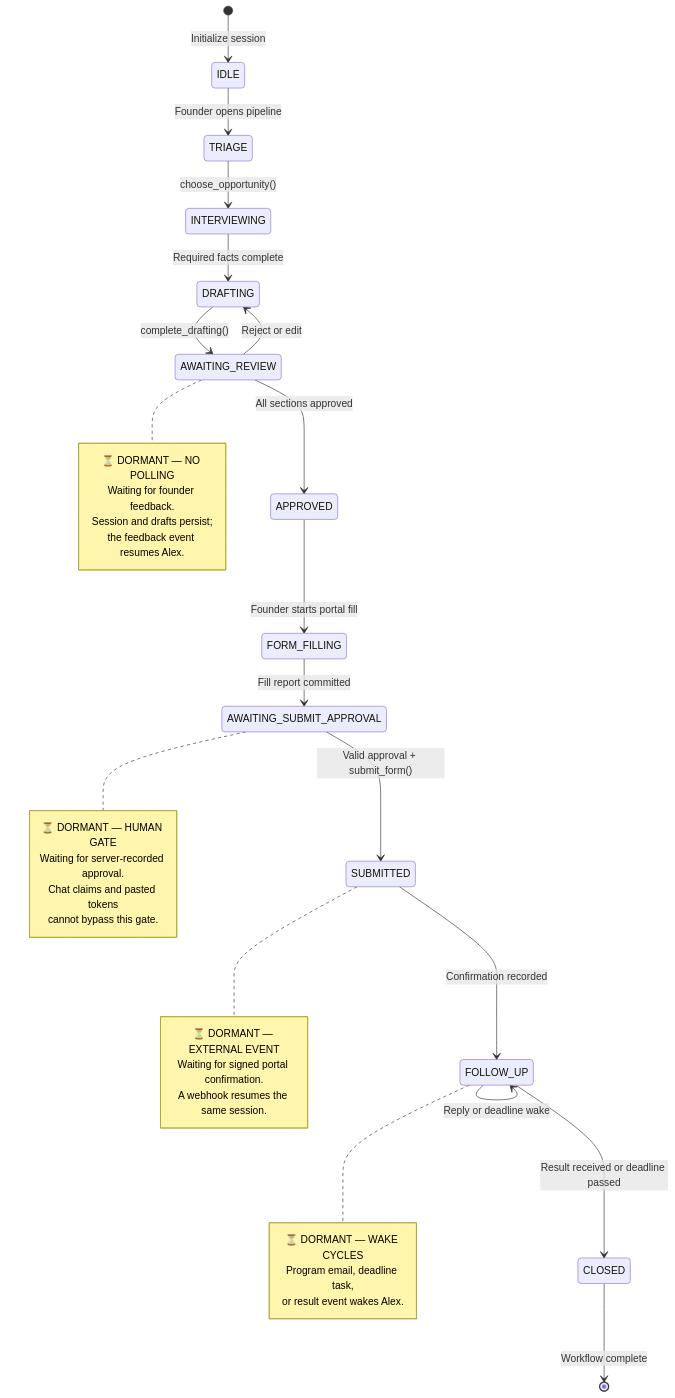
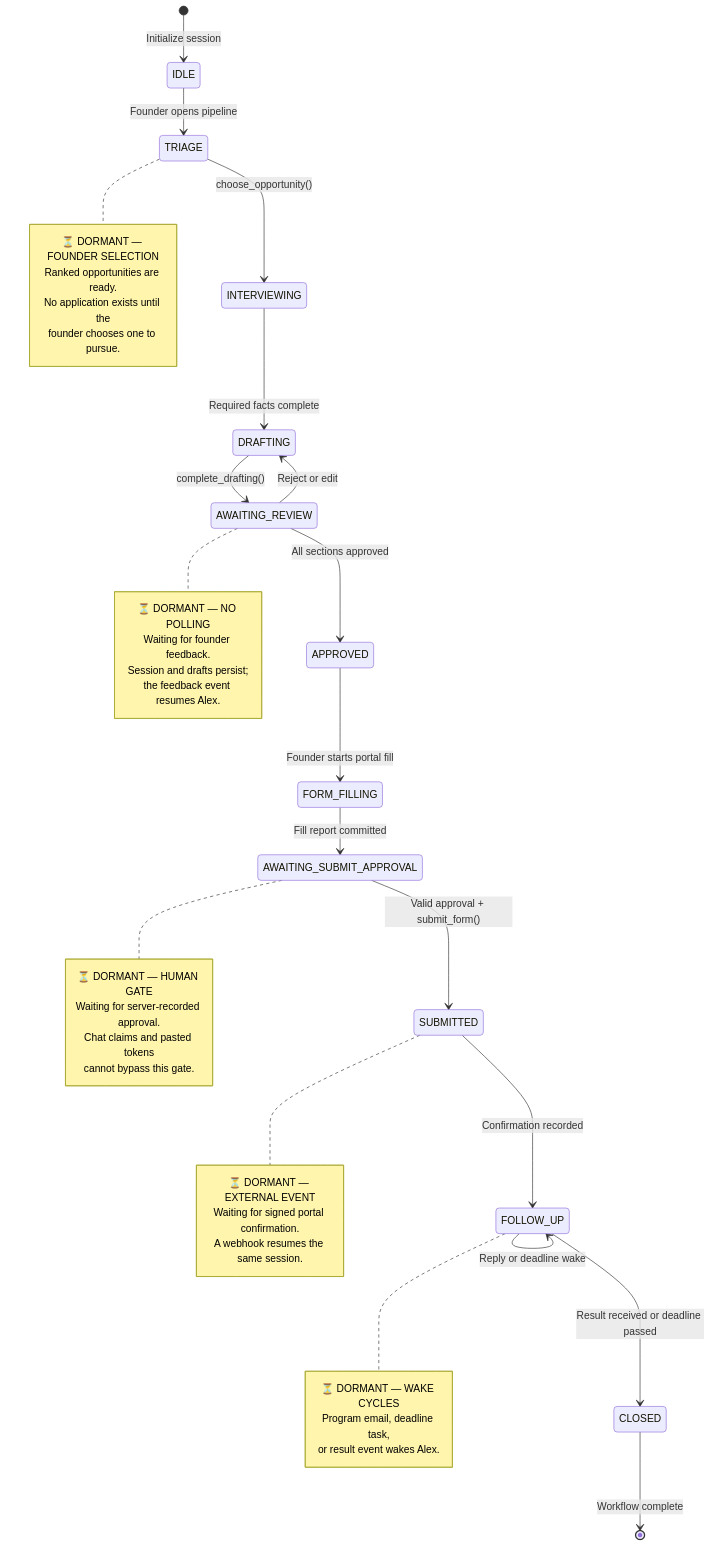
One commit to ruhu-ai/alex-co-founder changed the second of 2 diagrams in README.md. Above: the diagram before and after it, drawn with Mermaid. The commit also changed other lines of this file and 153 other files, not shown here.

````diff
--- a/README.md
+++ b/README.md
@@ -141,51 +172,60 @@
 ```mermaid
 stateDiagram-v2
     [*] --> IDLE : Initialize session
     IDLE --> TRIAGE : Founder opens pipeline
+
+    state "TRIAGE" as TRIAGE
+    note right of TRIAGE
+        ⏳ DORMANT — FOUNDER SELECTION
+        Ranked opportunities are ready.
+        No application exists until the
+        founder chooses one to pursue.
+    end note
+
     TRIAGE --> INTERVIEWING : choose_opportunity()
     INTERVIEWING --> DRAFTING : Required facts complete
     DRAFTING --> AWAITING_REVIEW : complete_drafting()
 
     state "AWAITING_REVIEW" as AWAITING_REVIEW
     note right of AWAITING_REVIEW
         ⏳ DORMANT — NO POLLING
         Waiting for founder feedback.
         Session and drafts persist;
         the feedback event resumes Alex.
     end note
 
     AWAITING_REVIEW --> DRAFTING : Reject or edit
     AWAITING_REVIEW --> APPROVED : All sections approved
     APPROVED --> FORM_FILLING : Founder starts portal fill
     FORM_FILLING --> AWAITING_SUBMIT_APPROVAL : Fill report committed
 
     state "AWAITING_SUBMIT_APPROVAL" as AWAITING_SUBMIT_APPROVAL
     note right of AWAITING_SUBMIT_APPROVAL
         ⏳ DORMANT — HUMAN GATE
         Waiting for server-recorded approval.
         Chat claims and pasted tokens
         cannot bypass this gate.
     end note
 
     AWAITING_SUBMIT_APPROVAL --> SUBMITTED : Valid approval + submit_form()
 
     state "SUBMITTED" as SUBMITTED
     note right of SUBMITTED
         ⏳ DORMANT — EXTERNAL EVENT
         Waiting for signed portal confirmation.
         A webhook resumes the same session.
     end note
 
     SUBMITTED --> FOLLOW_UP : Confirmation recorded
 
     state "FOLLOW_UP" as FOLLOW_UP
     note right of FOLLOW_UP
         ⏳ DORMANT — WAKE CYCLES
         Program email, deadline task,
         or result event wakes Alex.
     end note
 
     FOLLOW_UP --> FOLLOW_UP : Reply or deadline wake
     FOLLOW_UP --> CLOSED : Result received or deadline passed
     CLOSED --> [*] : Workflow complete
 ```
````
